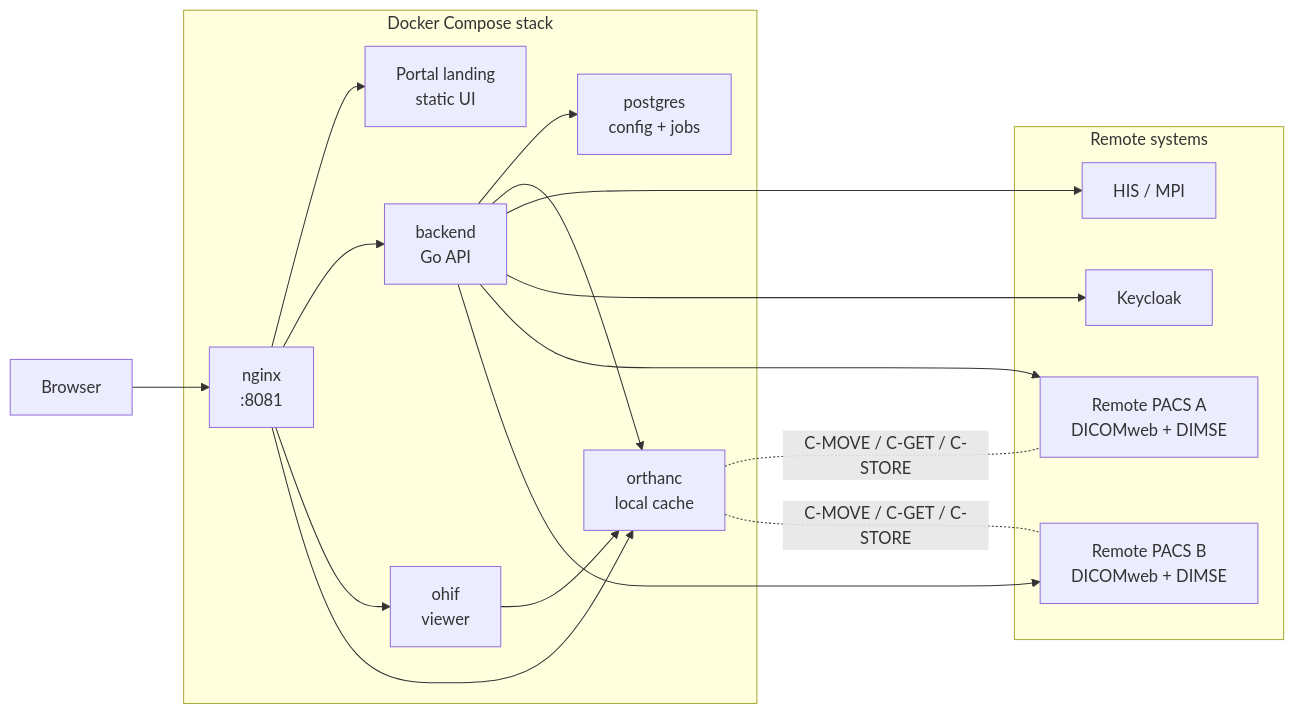
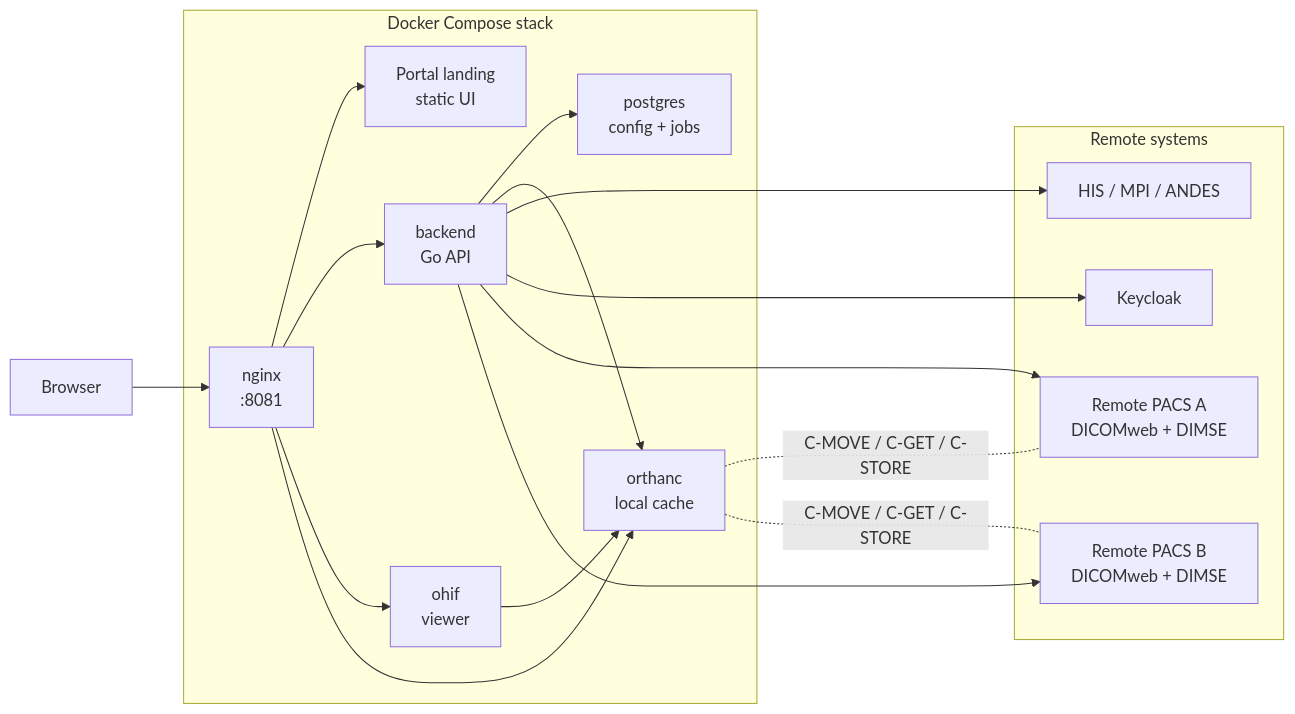
One commit to Pela2silveira/portal-dicom changed the diagram in README.md. Above: the diagram before and after it, drawn with Mermaid. The commit also changed other lines of this file, not shown here.

Commit message:
Rewrite README around portal features and roadmap

````diff
--- a/README.md
+++ b/README.md
@@ -35,37 +173,37 @@
 ```mermaid
 flowchart LR
     User[Browser]
 
     subgraph Local["Docker Compose stack"]
         Nginx["nginx\n:8081"]
         Landing["Portal landing\nstatic UI"]
         Backend["backend\nGo API"]
         OHIF["ohif\nviewer"]
         Orthanc["orthanc\nlocal cache"]
         Postgres["postgres\nconfig + jobs"]
     end
 
     subgraph Remote["Remote systems"]
         RemotePACS1["Remote PACS A\nDICOMweb + DIMSE"]
         RemotePACS2["Remote PACS B\nDICOMweb + DIMSE"]
-        HIS["HIS / MPI"]
+        HIS["HIS / MPI / ANDES"]
         Keycloak["Keycloak"]
     end
 
     User --> Nginx
     Nginx --> Landing
     Nginx --> Backend
     Nginx --> OHIF
     Nginx --> Orthanc
 
     Backend --> Postgres
     Backend --> Orthanc
     Backend --> HIS
     Backend --> Keycloak
     Backend --> RemotePACS1
     Backend --> RemotePACS2
 
     OHIF --> Orthanc
     Orthanc -. C-MOVE / C-GET / C-STORE .- RemotePACS1
     Orthanc -. C-MOVE / C-GET / C-STORE .- RemotePACS2
 ```
````
